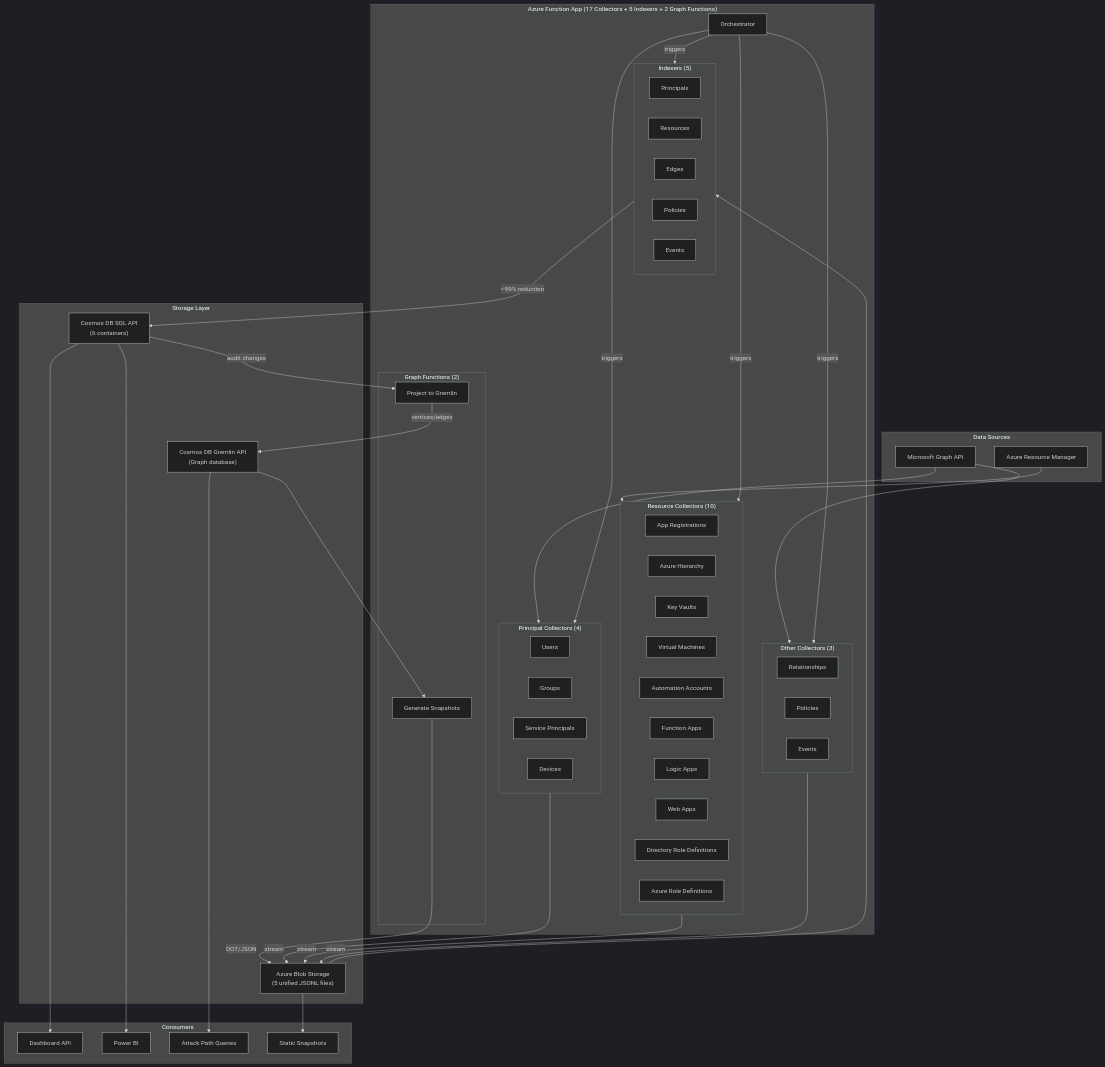
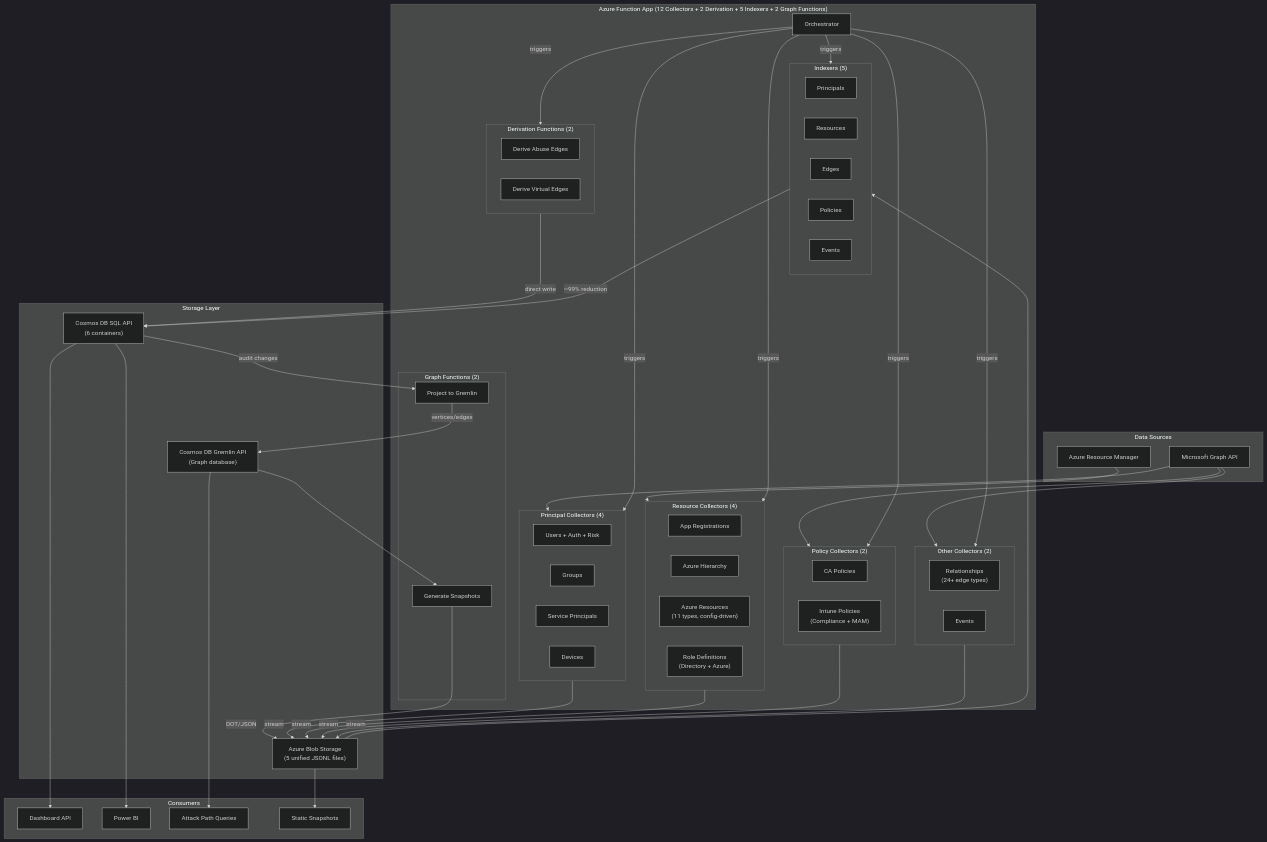
One commit to gromedev/EntraAndAzureRisk changed the first of 5 diagrams in docs/README-v3.5.md. Above: the diagram before and after it, drawn with Mermaid (dark theme). The commit also changed other lines of this file and 2 other files, not shown here.

```diff
--- a/docs/README-v3.5.md
+++ b/docs/README-v3.5.md
@@ -26,30 +26,31 @@
         Azure["Azure Resource Manager"]
     end
 
-    subgraph FunctionApp["Azure Function App (17 Collectors + 5 Indexers + 2 Graph Functions)"]
+    subgraph FunctionApp["Azure Function App (12 Collectors + 2 Derivation + 5 Indexers + 2 Graph Functions)"]
         Orch["Orchestrator"]
         subgraph PrincipalCollectors["Principal Collectors (4)"]
-            UC["Users"]
+            UC["Users + Auth + Risk"]
             GC["Groups"]
             SPC["Service Principals"]
             DC["Devices"]
         end
-        subgraph ResourceCollectors["Resource Collectors (10)"]
+        subgraph ResourceCollectors["Resource Collectors (4)"]
             AC["App Registrations"]
             AHC["Azure Hierarchy"]
-            KVC["Key Vaults"]
-            VMC["Virtual Machines"]
-            AAC["Automation Accounts"]
-            FAC["Function Apps"]
-            LAC["Logic Apps"]
-            WAC["Web Apps"]
-            DRC["Directory Role Definitions"]
-            ARC["Azure Role Definitions"]
+            ARC["Azure Resources<br/>(11 types, config-driven)"]
+            RDC["Role Definitions<br/>(Directory + Azure)"]
         end
-        subgraph OtherCollectors["Other Collectors (3)"]
-            RC["Relationships"]
-            PC["Policies"]
+        subgraph PolicyCollectors["Policy Collectors (2)"]
+            PC["CA Policies"]
+            IPC["Intune Policies<br/>(Compliance + MAM)"]
+        end
+        subgraph OtherCollectors["Other Collectors (2)"]
+            RC["Relationships<br/>(24+ edge types)"]
             EC["Events"]
+        end
+        subgraph DerivationFunctions["Derivation Functions (2)"]
+            DAE["Derive Abuse Edges"]
+            DVE["Derive Virtual Edges"]
         end
         subgraph Indexers["Indexers (5)"]
             PI["Principals"]
@@ -78,14 +79,19 @@
     end
 
     Graph --> PrincipalCollectors
+    Graph --> PolicyCollectors
     Graph --> OtherCollectors
     Azure --> ResourceCollectors
     Orch -->|"triggers"| PrincipalCollectors
     Orch -->|"triggers"| ResourceCollectors
+    Orch -->|"triggers"| PolicyCollectors
     Orch -->|"triggers"| OtherCollectors
     PrincipalCollectors -->|"stream"| Blob
     ResourceCollectors -->|"stream"| Blob
+    PolicyCollectors -->|"stream"| Blob
     OtherCollectors -->|"stream"| Blob
+    Orch -->|"triggers"| DerivationFunctions
+    DerivationFunctions -->|"direct write"| Cosmos
     Orch -->|"triggers"| Indexers
     Blob --> Indexers
     Indexers -->|"~99% reduction"| Cosmos
```
